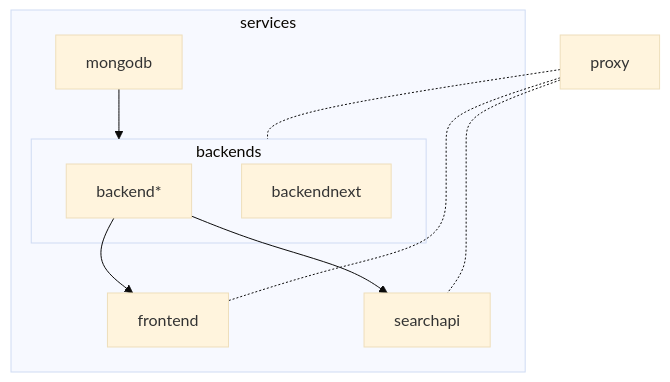
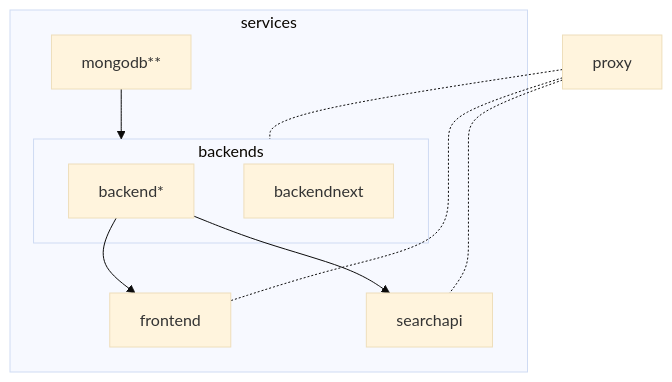
The diagram in README.md (SciCatProject/scicatlive), drawn with Mermaid (base theme) before and after one commit. The commit also changed other lines of this file and 1 other file, not shown here.

````diff
--- a/README.md
+++ b/README.md
@@ -38,17 +39,17 @@
 ```mermaid
 graph TD
    subgraph services
       subgraph backends
          backend[backend*]
          backendnext
       end
 
-      mongodb --> backends
+      mongodb[mongodb**] --> backends
       backend --> frontend
       backend --> searchapi
    end
 
    proxy -.- backends
    proxy -.- frontend
    proxy -.- searchapi
 ```
````
